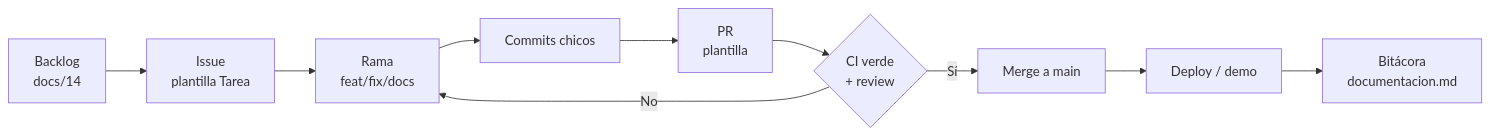
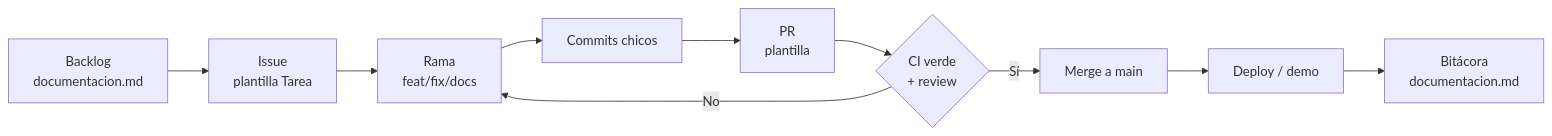
One commit to malbodifh/nasa-space-2026 changed the diagram in docs/18-workflow.md. Above: the diagram before and after it, drawn with Mermaid. The commit also changed other lines of this file and 53 other files, not shown here.

````diff
--- a/docs/18-workflow.md
+++ b/docs/18-workflow.md
@@ -22,12 +22,12 @@
 ```mermaid
 flowchart LR
-    A[Backlog\n docs/14] --> B[Issue\n plantilla Tarea]
+    A[Backlog\n documentacion.md] --> B[Issue\n plantilla Tarea]
     B --> C[Rama\n feat/fix/docs]
     C --> D[Commits chicos]
     D --> E[PR\n plantilla]
     E --> F{CI verde\n+ review}
     F -- No --> C
     F -- Sí --> G[Merge a main]
     G --> H[Deploy / demo]
     H --> I[Bitácora\n documentacion.md]
 ```
````
